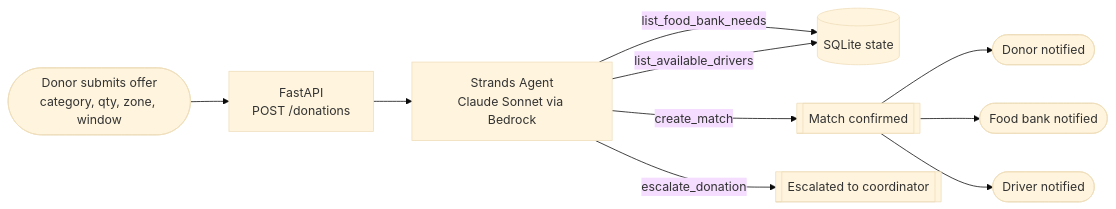
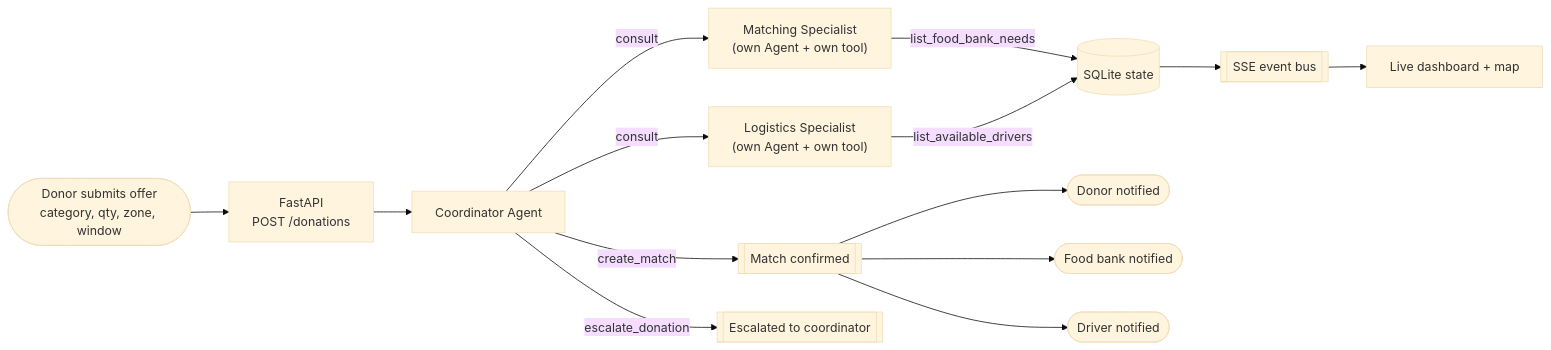
One commit to Thrinayani39e/food-rescue-router changed the diagram in README.md. Above: the diagram before and after it, drawn with Mermaid (base theme). The commit also changed other lines of this file and 14 other files, not shown here.

First line of the commit message:
Multi-agent architecture, real-time updates, and a live map

````diff
--- a/README.md
+++ b/README.md
@@ -41,15 +47,21 @@
 ```mermaid
 flowchart LR
     Donor([Donor submits offer\ncategory, qty, zone, window]) --> API["FastAPI\nPOST /donations"]
-    API --> Agent["Strands Agent\nClaude Sonnet via Bedrock"]
+    API --> Coord["Coordinator Agent"]
 
-    Agent -->|list_food_bank_needs| State[(SQLite state)]
-    Agent -->|list_available_drivers| State
+    Coord -->|consult| Match["Matching Specialist\n(own Agent + own tool)"]
+    Match -->|list_food_bank_needs| State[(SQLite state)]
 
-    Agent -->|create_match| Match[["Match confirmed"]]
-    Agent -->|escalate_donation| Escalate[["Escalated to coordinator"]]
+    Coord -->|consult| Log["Logistics Specialist\n(own Agent + own tool)"]
+    Log -->|list_available_drivers| State
 
-    Match --> N1([Donor notified])
-    Match --> N2([Food bank notified])
-    Match --> N3([Driver notified])
+    Coord -->|create_match| Confirmed[["Match confirmed"]]
+    Coord -->|escalate_donation| Escalate[["Escalated to coordinator"]]
+
+    Confirmed --> N1([Donor notified])
+    Confirmed --> N2([Food bank notified])
+    Confirmed --> N3([Driver notified])
+
+    State --> Bus[["SSE event bus"]]
+    Bus --> Dash["Live dashboard + map"]
 ```
````
